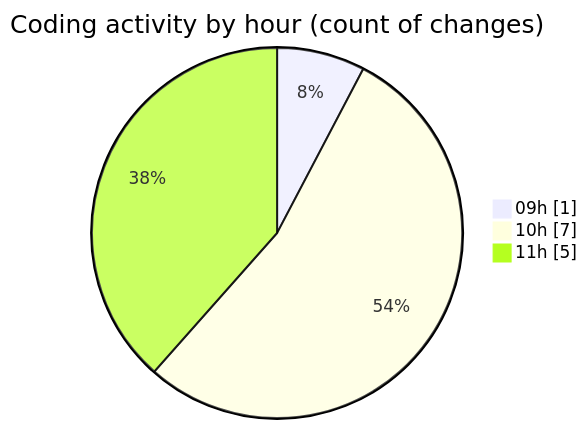
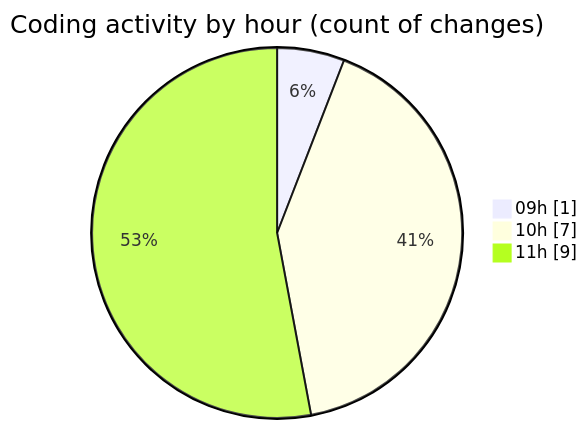
Before and after one commit to CELIANVF/code-tracking: the second of 2 diagrams in 2025-05-01/ecodeli/README.md, drawn with Mermaid. The commit also changed other lines of this file and 1 other file, not shown here.

````diff
--- a/2025-05-01/ecodeli/README.md
+++ b/2025-05-01/ecodeli/README.md
@@ -37,7 +38,7 @@
 ```mermaid
 pie showData
 title Coding activity by hour (count of changes)
 "09h" : 1
 "10h" : 7
-"11h" : 5
+"11h" : 9
 ```
````
